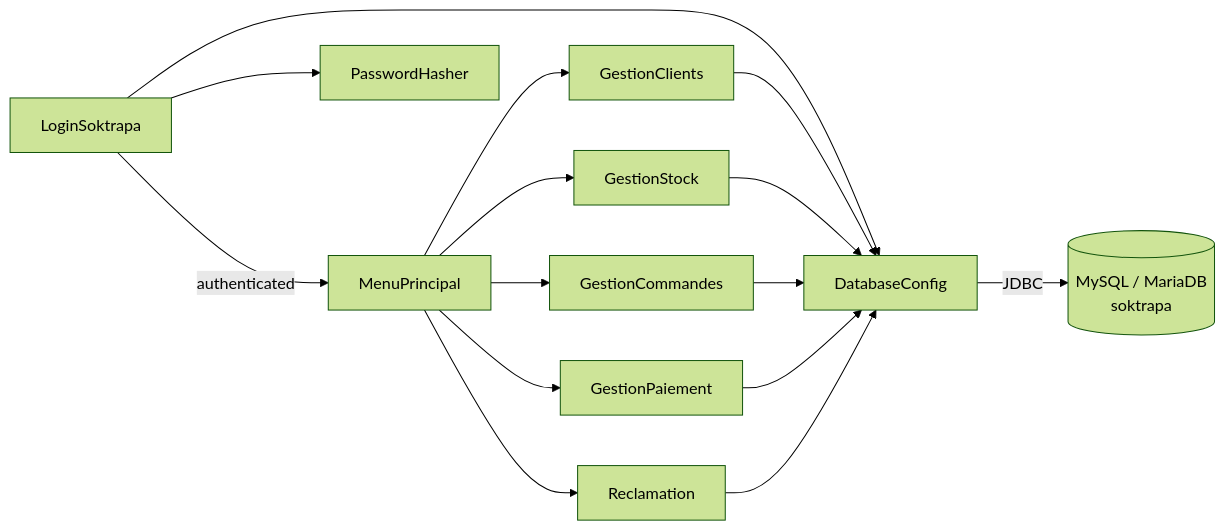
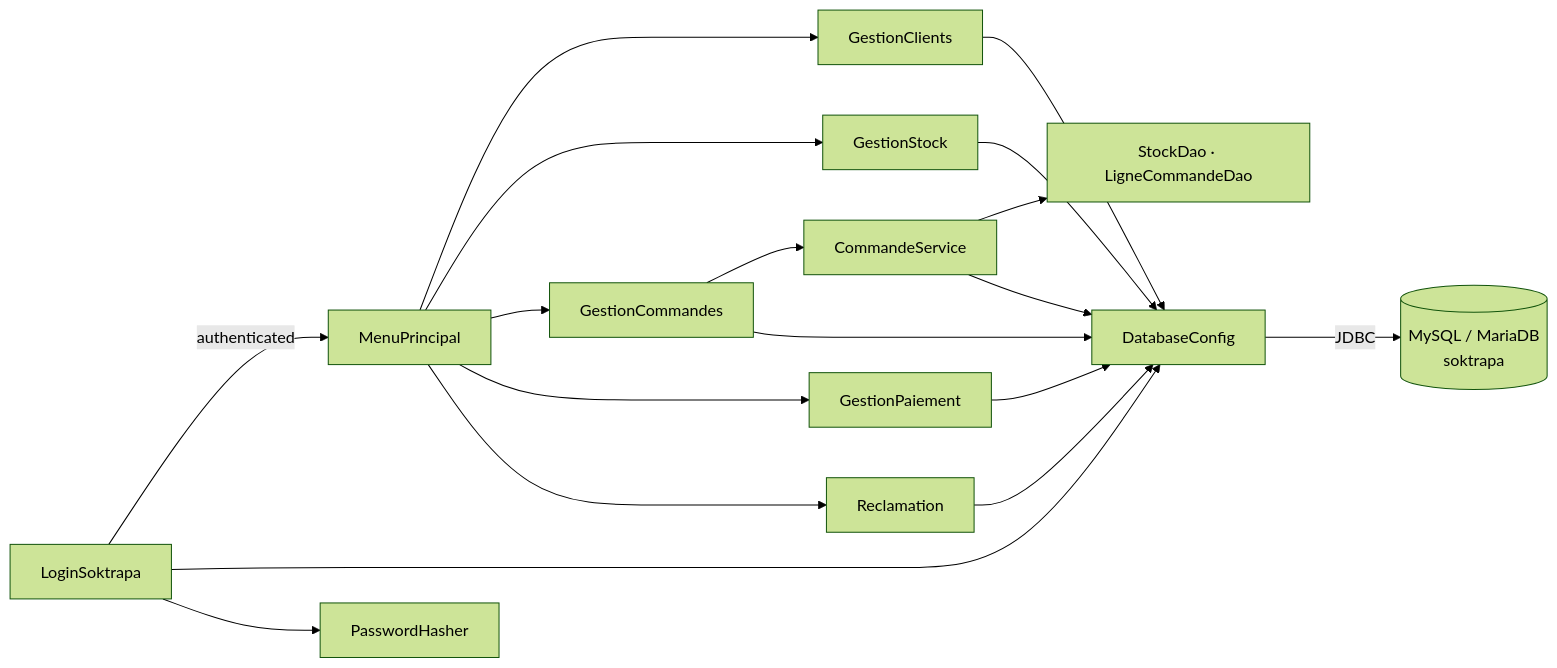
The first of 2 diagrams in README.md (Edambi12/sales-management-information-system), drawn with Mermaid (forest theme) before and after one commit. The commit also changed other lines of this file and 6 other files, not shown here.

````diff
--- a/README.md
+++ b/README.md
@@ -116,12 +116,14 @@
 ```mermaid
 flowchart LR
     L[LoginSoktrapa] -->|authenticated| M[MenuPrincipal]
     M --> C[GestionClients]
     M --> S[GestionStock]
     M --> O[GestionCommandes]
     M --> P[GestionPaiement]
     M --> R[Reclamation]
-    L & C & S & O & P & R --> CFG[DatabaseConfig]
+    O --> SV[CommandeService]
+    SV --> DAO[StockDao · LigneCommandeDao]
+    L & C & S & O & P & R & SV --> CFG[DatabaseConfig]
     L --> H[PasswordHasher]
     CFG -->|JDBC| DB[(MySQL / MariaDB<br/>soktrapa)]
 ```
````
